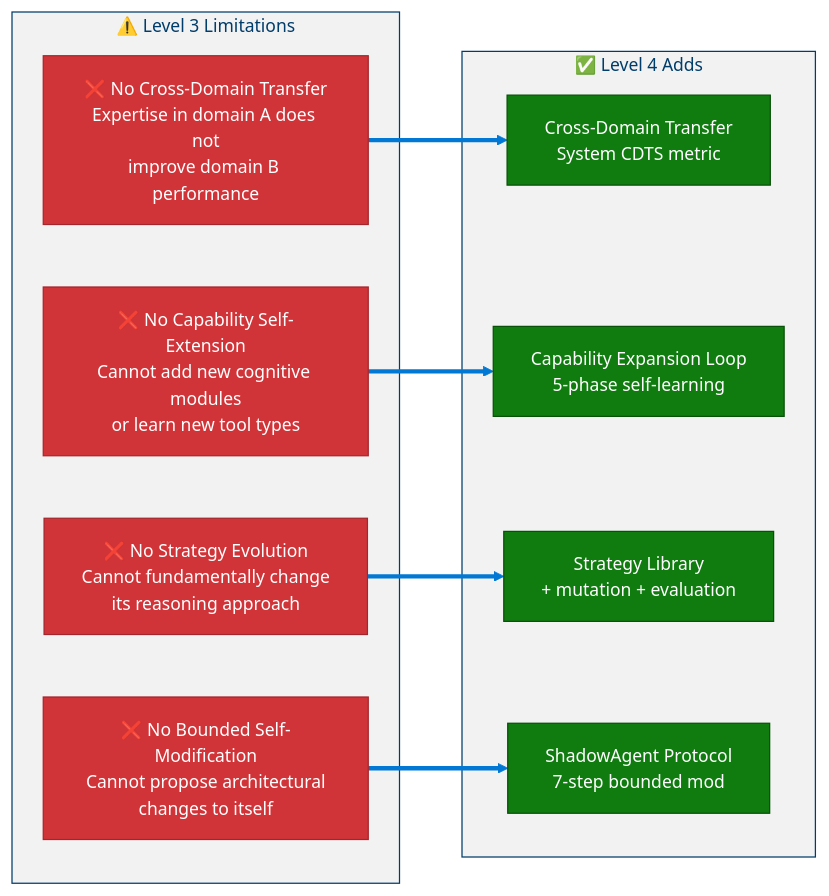
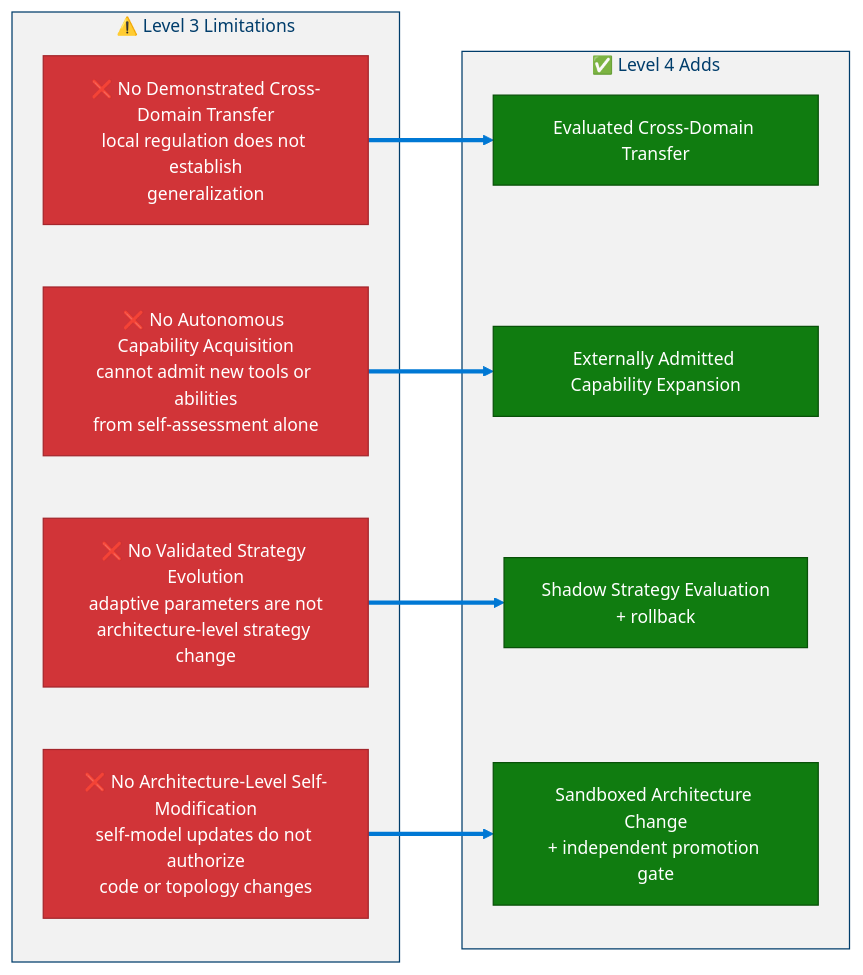
Before and after one commit to dotnetpower/mscp: diagram 18 of 19 in docs/levels/Level_3_Self_Regulating_Agent.md, drawn with Mermaid. The commit also changed other lines of this file and 21 other files, not shown here.

````diff
--- a/docs/levels/Level_3_Self_Regulating_Agent.md
+++ b/docs/levels/Level_3_Self_Regulating_Agent.md
@@ -1364,25 +1485,25 @@
 ```mermaid
 %%{init: {'theme': 'base', 'themeVariables': {'primaryColor': '#0078D4', 'primaryTextColor': '#003D6B', 'primaryBorderColor': '#003D6B', 'secondaryColor': '#50E6FF', 'secondaryTextColor': '#323130', 'secondaryBorderColor': '#00BCF2', 'tertiaryColor': '#F2F2F2', 'tertiaryTextColor': '#323130', 'lineColor': '#0078D4', 'textColor': '#323130', 'mainBkg': '#DEECF9', 'nodeBorder': '#0078D4', 'clusterBkg': '#F2F2F2', 'clusterBorder': '#003D6B', 'titleColor': '#003D6B', 'edgeLabelBackground': '#FFFFFF', 'fontSize': '14px'}}}%%
 flowchart LR
   classDef danger fill:#D13438,stroke:#A4262C,color:#FFF
   classDef success fill:#107C10,stroke:#085108,color:#FFF
 
   subgraph Limitations["⚠️ Level 3 Limitations"]
-    L1["❌ No Cross-Domain Transfer<br/>Expertise in domain A does not<br/>improve domain B performance"]:::danger
-    L2["❌ No Capability Self-Extension<br/>Cannot add new cognitive modules<br/>or learn new tool types"]:::danger
-    L3["❌ No Strategy Evolution<br/>Cannot fundamentally change<br/>its reasoning approach"]:::danger
-    L4["❌ No Bounded Self-Modification<br/>Cannot propose architectural<br/>changes to itself"]:::danger
+    L1["❌ No Demonstrated Cross-Domain Transfer<br/>local regulation does not establish<br/>generalization"]:::danger
+    L2["❌ No Autonomous Capability Acquisition<br/>cannot admit new tools or abilities<br/>from self-assessment alone"]:::danger
+    L3["❌ No Validated Strategy Evolution<br/>adaptive parameters are not<br/>architecture-level strategy change"]:::danger
+    L4["❌ No Architecture-Level Self-Modification<br/>self-model updates do not authorize<br/>code or topology changes"]:::danger
   end
 
   subgraph L4Additions["✅ Level 4 Adds"]
-    A1["Cross-Domain Transfer<br/>System CDTS metric"]:::success
-    A2["Capability Expansion Loop<br/>5-phase self-learning"]:::success
-    A3["Strategy Library<br/>+ mutation + evaluation"]:::success
-    A4["ShadowAgent Protocol<br/>7-step bounded mod"]:::success
+    A1["Evaluated Cross-Domain Transfer"]:::success
+    A2["Externally Admitted Capability Expansion"]:::success
+    A3["Shadow Strategy Evaluation<br/>+ rollback"]:::success
+    A4["Sandboxed Architecture Change<br/>+ independent promotion gate"]:::success
   end
 
   L1 ==> A1
   L2 ==> A2
   L3 ==> A3
   L4 ==> A4
 ```
````
